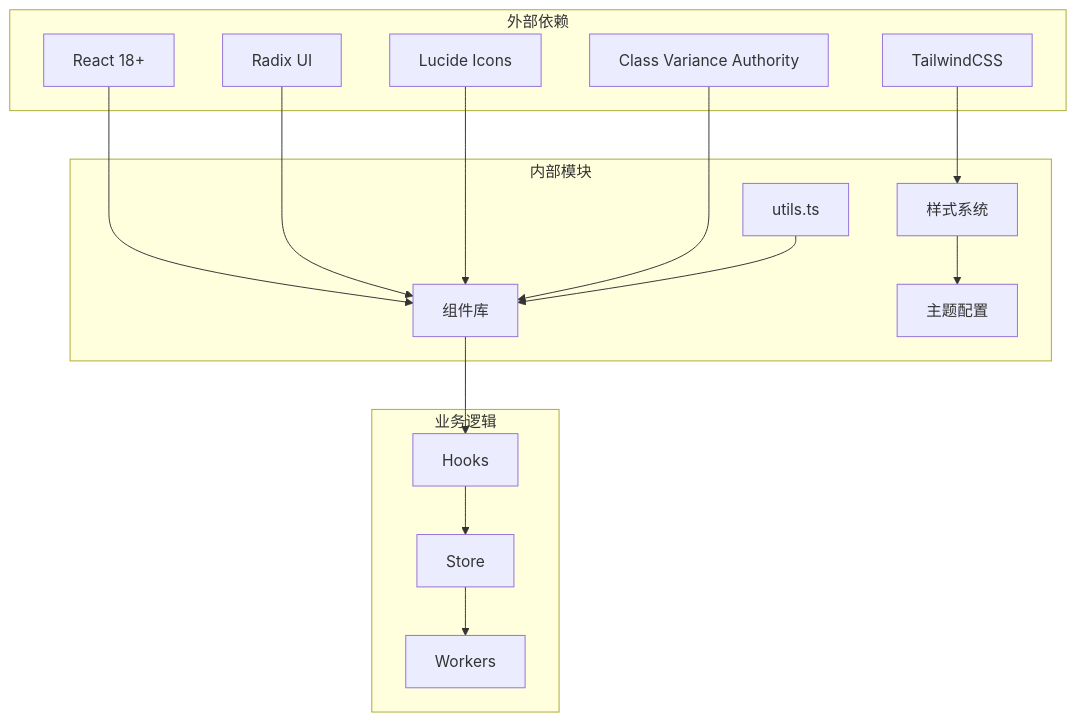
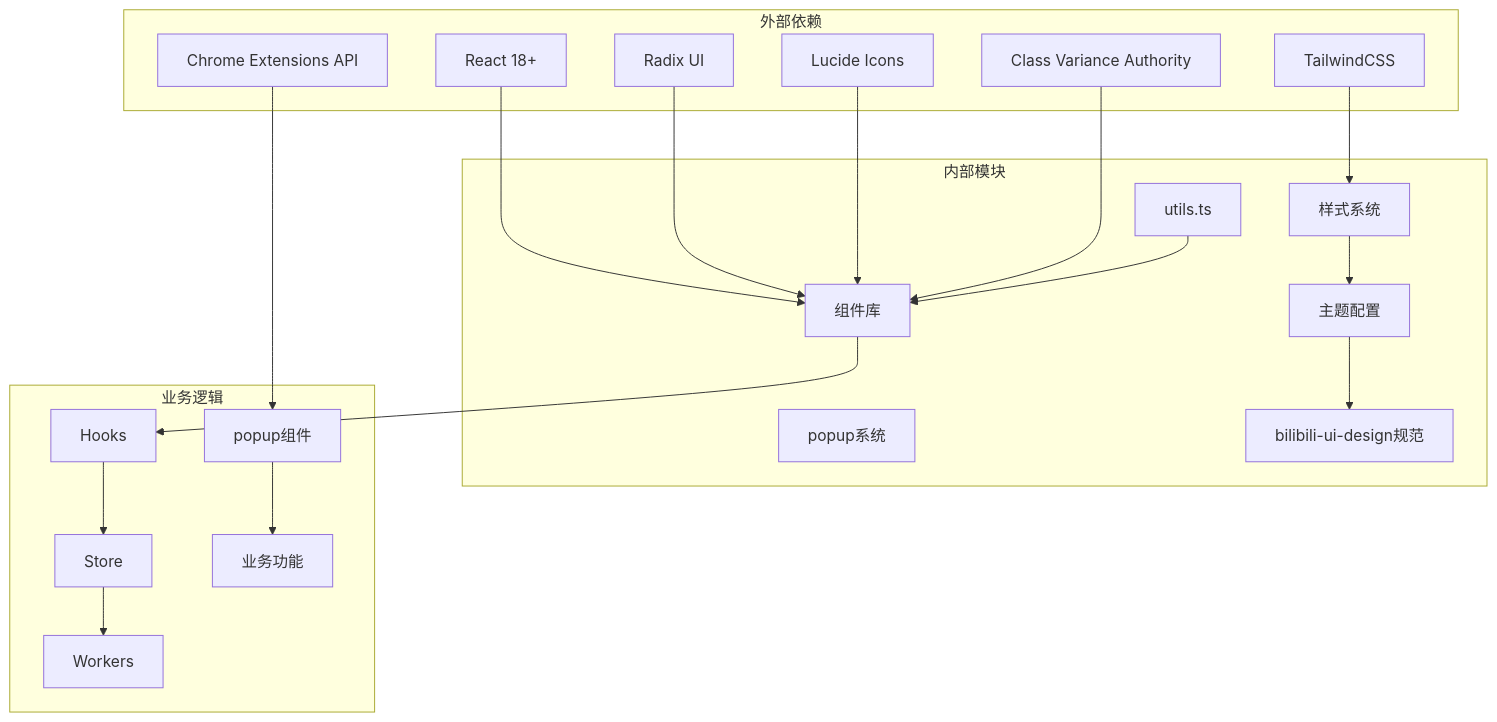
One commit to RadiumAg/bilibili-favorites changed diagram 18 of 18 in .qoder/repowiki/zh/content/开发指南/UI_UX专业设计系统.md. Above: the diagram before and after it, drawn with Mermaid. The commit also changed other lines of this file and 4 other files, not shown here.

````diff
--- a/.qoder/repowiki/zh/content/开发指南/UI_UX专业设计系统.md
+++ b/.qoder/repowiki/zh/content/开发指南/UI_UX专业设计系统.md
@@ -505,31 +685,39 @@
 ```mermaid
 graph TB
 subgraph "外部依赖"
 A[React 18+]
 B[TailwindCSS]
 C[Radix UI]
 D[Lucide Icons]
 E[Class Variance Authority]
+F[Chrome Extensions API]
 end
 subgraph "内部模块"
-F[utils.ts]
-G[组件库]
-H[样式系统]
-I[主题配置]
+G[utils.ts]
+H[组件库]
+I[样式系统]
+J[主题配置]
+K[popup系统]
+L[bilibili-ui-design规范]
 end
 subgraph "业务逻辑"
-J[Hooks]
-K[Store]
-L[Workers]
+M[Hooks]
+N[Store]
+O[Workers]
+P[popup组件]
+Q[业务功能]
 end
-A --> G
-B --> H
-C --> G
-D --> G
-E --> G
-F --> G
-H --> I
-G --> J
-J --> K
-K --> L
+A --> H
+B --> I
+C --> H
+D --> H
+E --> H
+F --> P
+G --> H
+I --> J
+H --> M
+M --> N
+N --> O
+P --> Q
+J --> L
 ```
````
